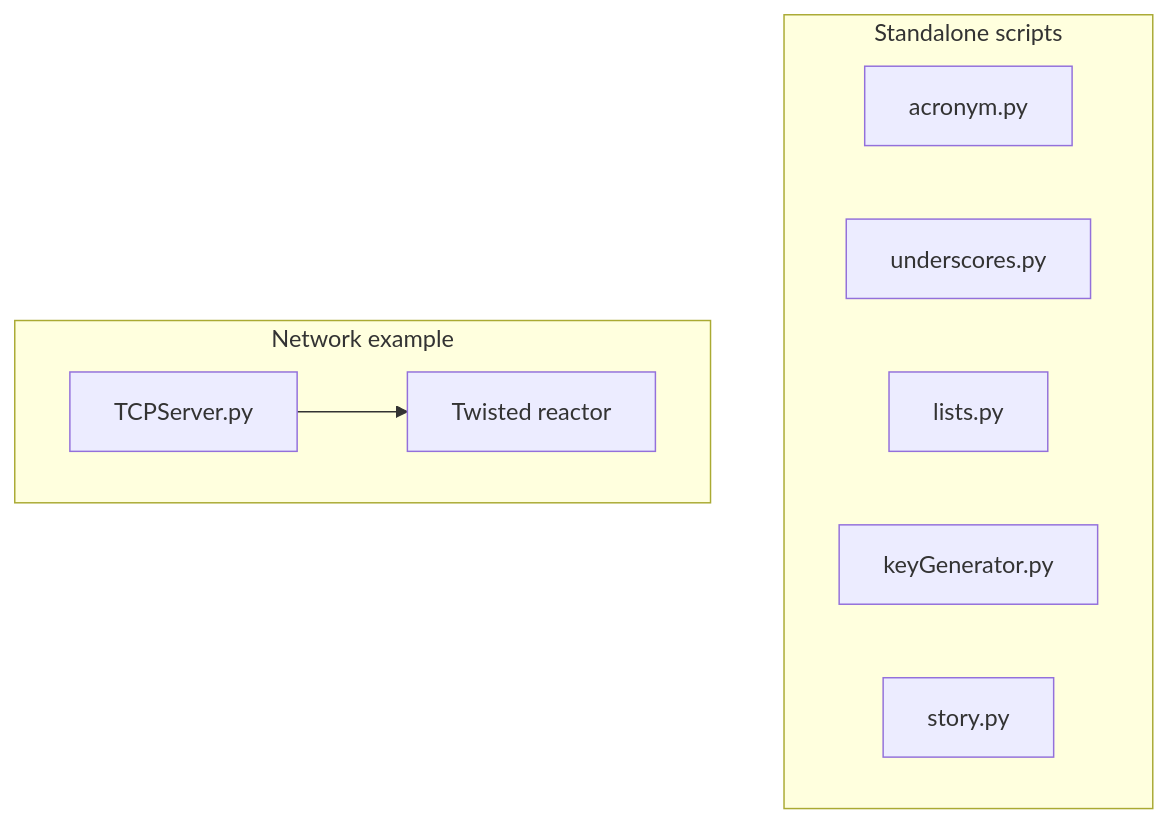
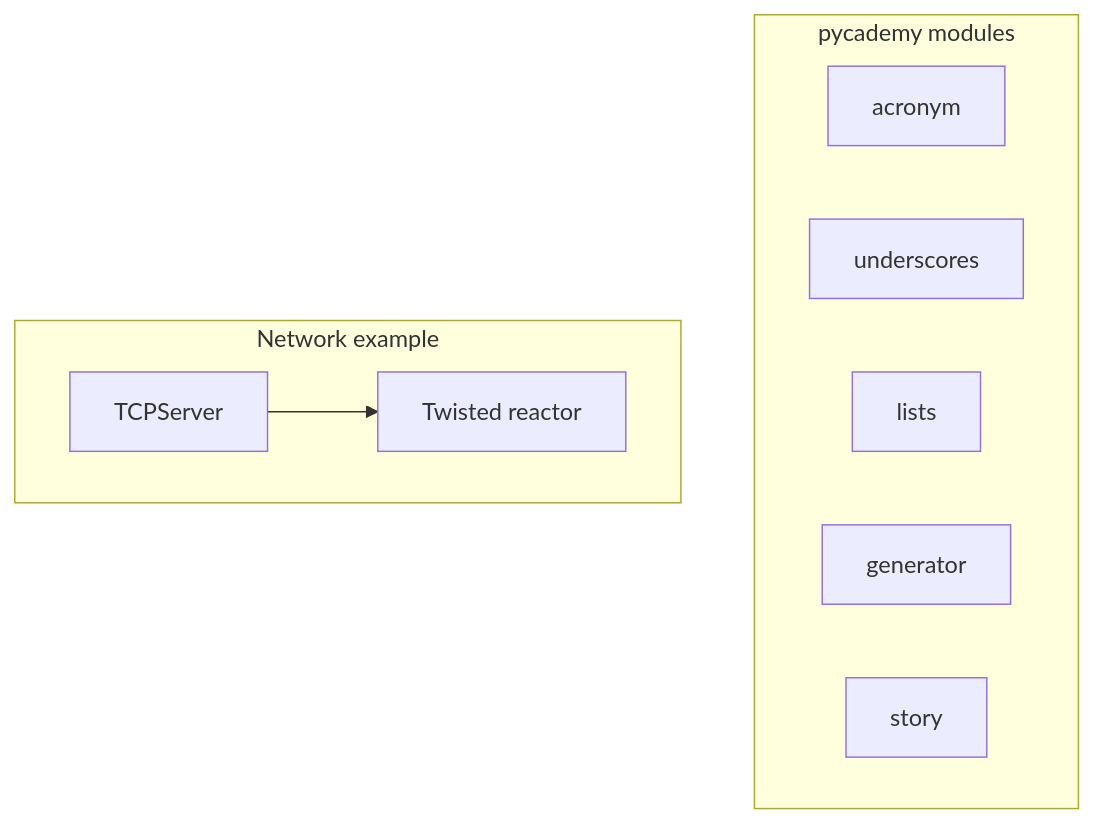
One commit to rslakra/PySuite changed the diagram in PyCademy/README.md. Above: the diagram before and after it, drawn with Mermaid. The commit also changed other lines of this file and 95 other files, not shown here.

````diff
--- a/PyCademy/README.md
+++ b/PyCademy/README.md
@@ -108,14 +117,14 @@
 ```mermaid
 flowchart TB
-  subgraph scripts ["Standalone scripts"]
-    A["acronym.py"]
-    U["underscores.py"]
-    L["lists.py"]
-    K["keyGenerator.py"]
-    S["story.py"]
+  subgraph scripts ["pycademy modules"]
+    A["acronym"]
+    U["underscores"]
+    L["lists"]
+    G["generator"]
+    S["story"]
   end
 
   subgraph network ["Network example"]
-    T["TCPServer.py"] --> Twisted["Twisted reactor"]
+    T["TCPServer"] --> Twisted["Twisted reactor"]
   end
 ```
````
